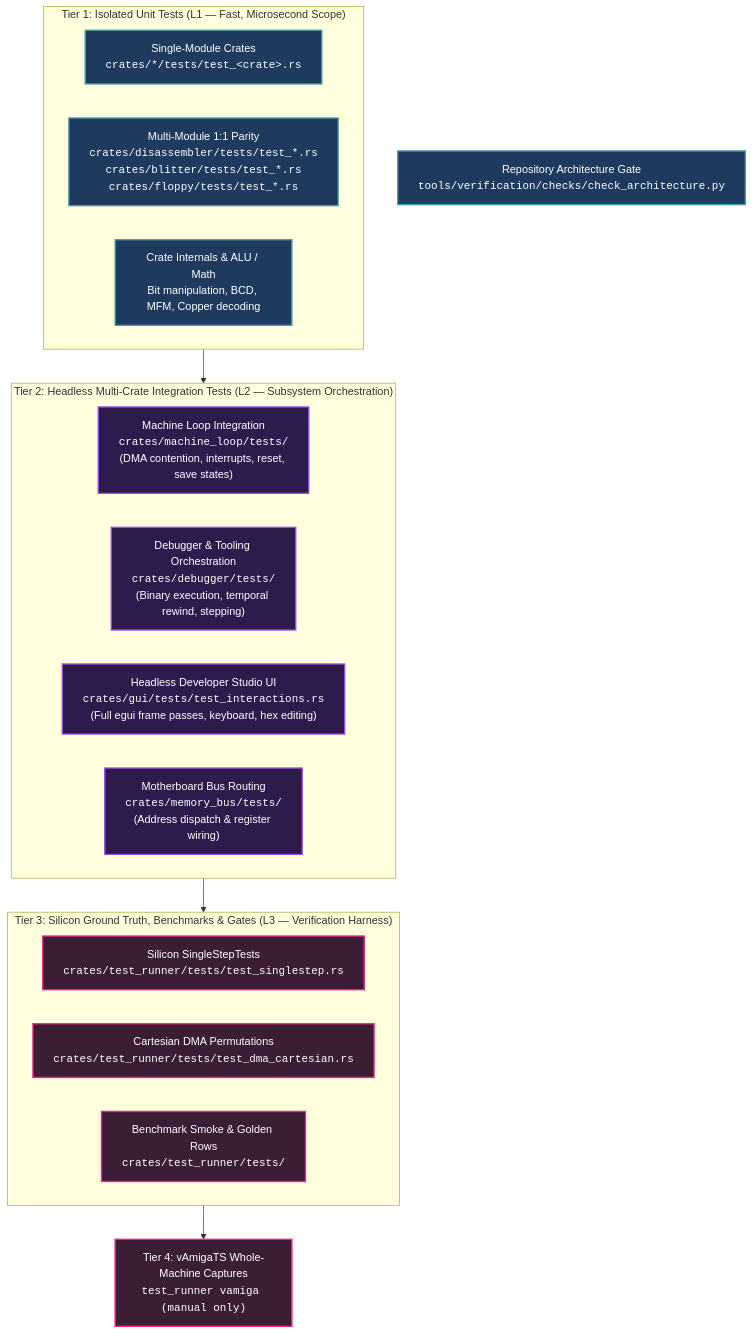
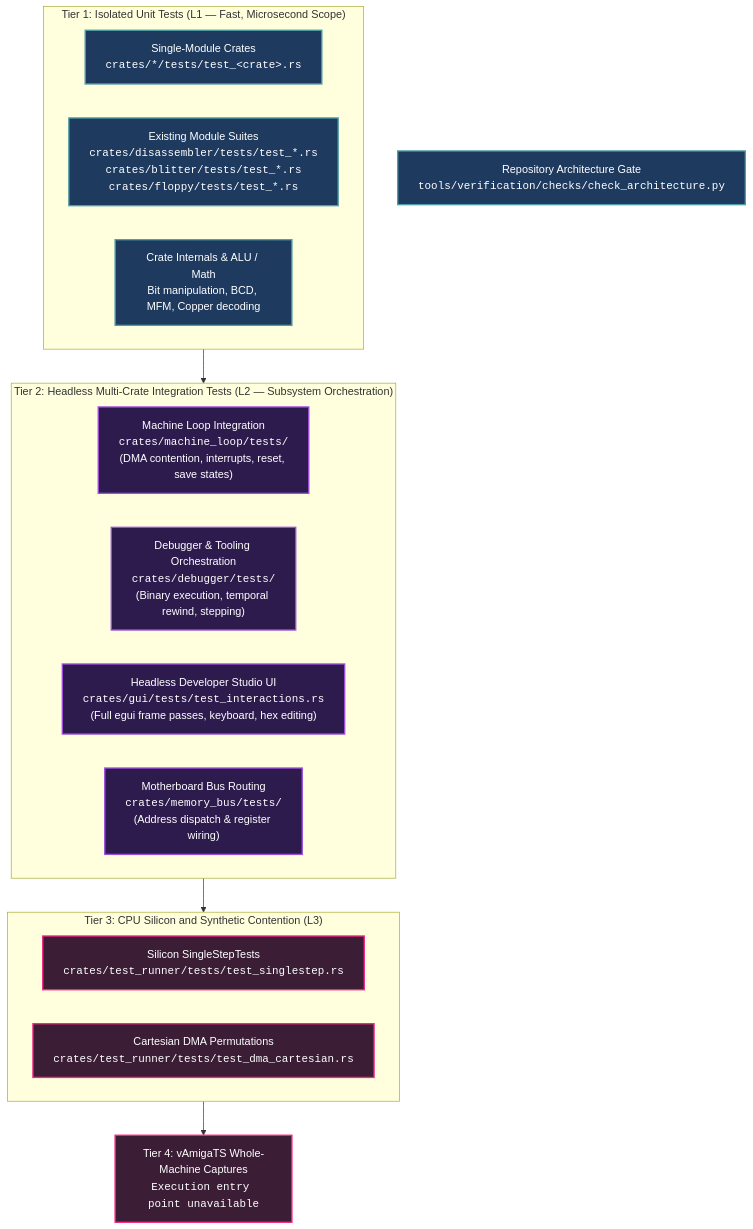
Before and after one commit to tomek-anuszkiewicz/amiga-studio: the diagram in Obsidian/Amiga/Design/Verification/Testing Strategy and Quality Assurance.md, drawn with Mermaid. The commit also changed other lines of this file and 21 other files, not shown here.

````diff
--- a/Obsidian/Amiga/Design/Verification/Testing Strategy and Quality Assurance.md
+++ b/Obsidian/Amiga/Design/Verification/Testing Strategy and Quality Assurance.md
@@ -62,31 +62,30 @@
 ```mermaid
 graph TD
     classDef t1 fill:#1e3a5f,stroke:#4f9da6,stroke-width:2px,color:#ffffff;
     classDef t2 fill:#2d1b4e,stroke:#9d4edd,stroke-width:2px,color:#ffffff;
     classDef t3 fill:#3b1e36,stroke:#f72585,stroke-width:2px,color:#ffffff;
 
     subgraph Tier1["Tier 1: Isolated Unit Tests (L1 — Fast, Microsecond Scope)"]
         U1["Single-Module Crates<br/><code>crates/*/tests/test_&lt;crate&gt;.rs</code>"]:::t1
-        U2["Multi-Module 1:1 Parity<br/><code>crates/disassembler/tests/test_*.rs</code><br/><code>crates/blitter/tests/test_*.rs</code><br/><code>crates/floppy/tests/test_*.rs</code>"]:::t1
+        U2["Existing Module Suites<br/><code>crates/disassembler/tests/test_*.rs</code><br/><code>crates/blitter/tests/test_*.rs</code><br/><code>crates/floppy/tests/test_*.rs</code>"]:::t1
         U3["Crate Internals & ALU / Math<br/>Bit manipulation, BCD, MFM, Copper decoding"]:::t1
     end
 
     subgraph Tier2["Tier 2: Headless Multi-Crate Integration Tests (L2 — Subsystem Orchestration)"]
         I1["Machine Loop Integration<br/><code>crates/machine_loop/tests/</code><br/>(DMA contention, interrupts, reset, save states)"]:::t2
         I2["Debugger & Tooling Orchestration<br/><code>crates/debugger/tests/</code><br/>(Binary execution, temporal rewind, stepping)"]:::t2
         I3["Headless Developer Studio UI<br/><code>crates/gui/tests/test_interactions.rs</code><br/>(Full egui frame passes, keyboard, hex editing)"]:::t2
         I4["Motherboard Bus Routing<br/><code>crates/memory_bus/tests/</code><br/>(Address dispatch & register wiring)"]:::t2
     end
 
-    subgraph Tier3["Tier 3: Silicon Ground Truth, Benchmarks & Gates (L3 — Verification Harness)"]
+    subgraph Tier3["Tier 3: CPU Silicon and Synthetic Contention (L3)"]
         V1["Silicon SingleStepTests<br/><code>crates/test_runner/tests/test_singlestep.rs</code>"]:::t3
         V2["Cartesian DMA Permutations<br/><code>crates/test_runner/tests/test_dma_cartesian.rs</code>"]:::t3
-        V4["Benchmark Smoke & Golden Rows<br/><code>crates/test_runner/tests/</code>"]:::t3
     end
 
-    V3["Tier 4: vAmigaTS Whole-Machine Captures<br/><code>test_runner vamiga (manual only)</code>"]:::t3
+    V3["Tier 4: vAmigaTS Whole-Machine Captures<br/><code>Execution entry point unavailable</code>"]:::t3
     A1["Repository Architecture Gate<br/><code>tools/verification/checks/check_architecture.py</code>"]:::t1
     Tier1 --> Tier2
     Tier2 --> Tier3
     Tier3 --> V3
 ```
````
